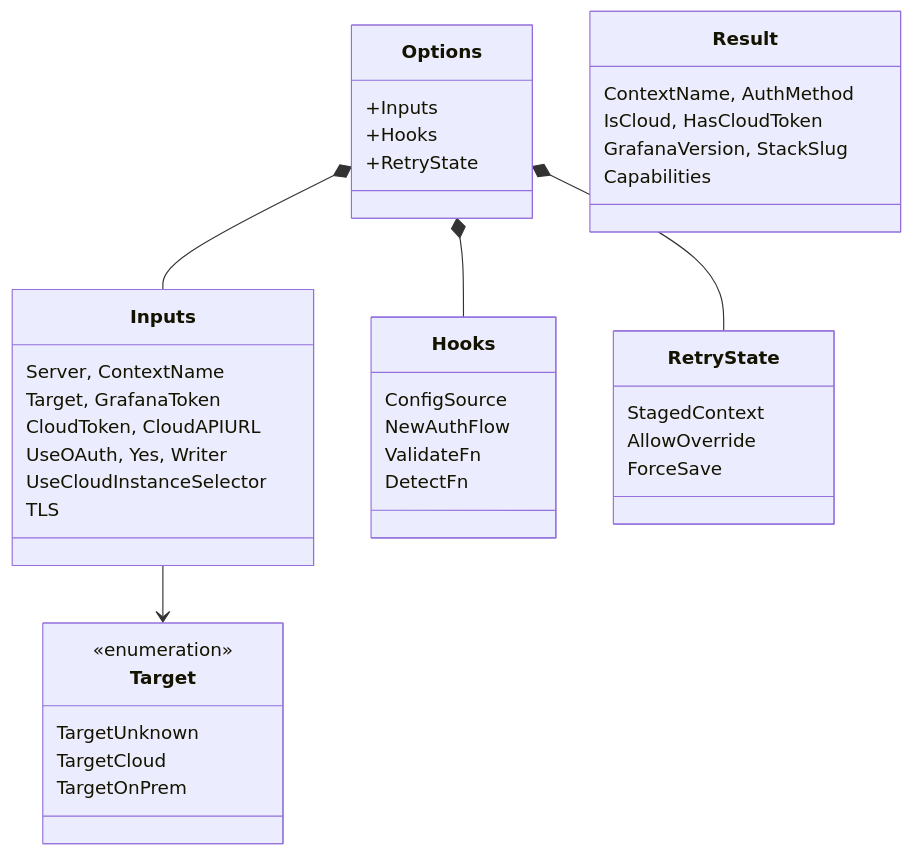
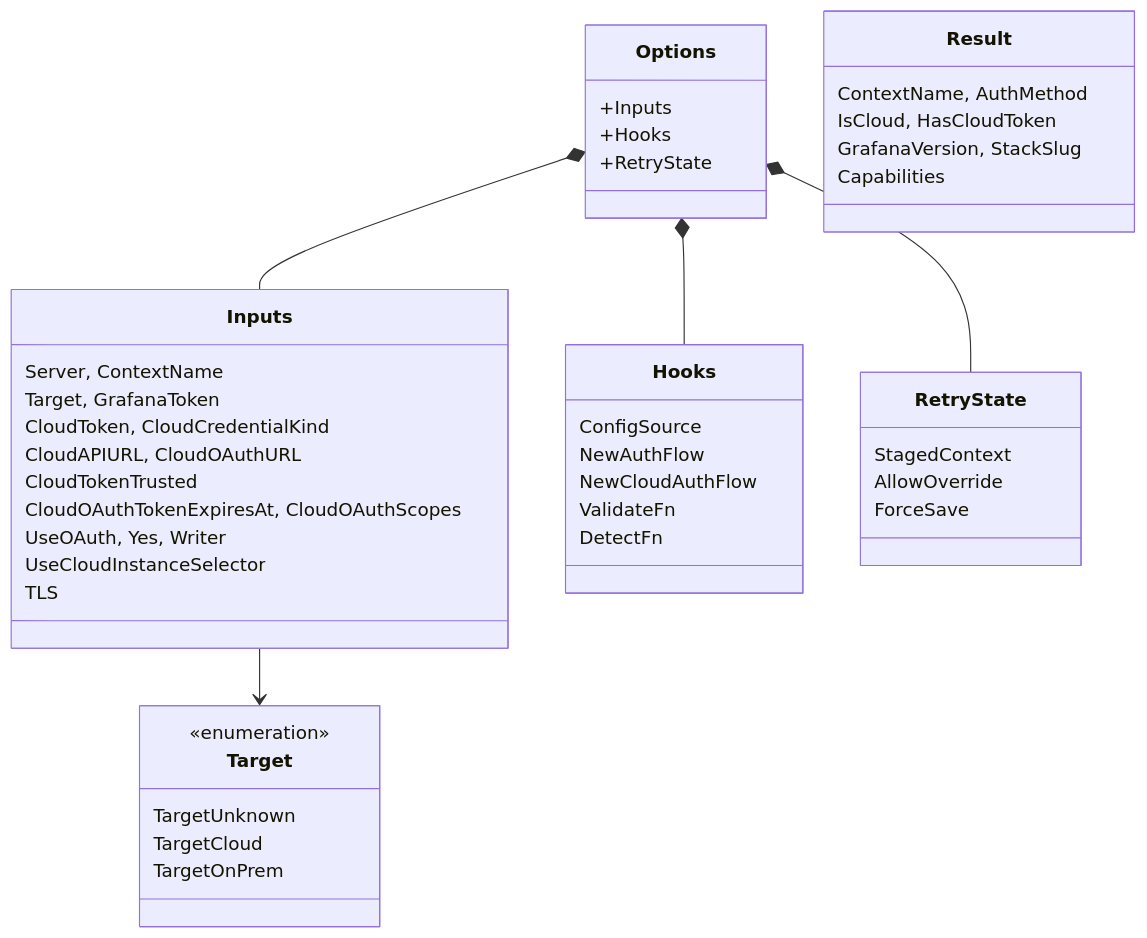
The second of 4 diagrams in docs/architecture/login-system.md (grafana/gcx), drawn with Mermaid before and after one commit. The commit also changed other lines of this file and 81 other files, not shown here.

````diff
--- a/docs/architecture/login-system.md
+++ b/docs/architecture/login-system.md
@@ -37,44 +37,48 @@
 ```mermaid
 classDiagram
     class Options {
         +Inputs
         +Hooks
         +RetryState
     }
     class Inputs {
         Server, ContextName
         Target, GrafanaToken
-        CloudToken, CloudAPIURL
+        CloudToken, CloudCredentialKind
+        CloudAPIURL, CloudOAuthURL
+        CloudTokenTrusted
+        CloudOAuthTokenExpiresAt, CloudOAuthScopes
         UseOAuth, Yes, Writer
         UseCloudInstanceSelector
         TLS
     }
     class Hooks {
         ConfigSource
         NewAuthFlow
+        NewCloudAuthFlow
         ValidateFn
         DetectFn
     }
     class RetryState {
         StagedContext
         AllowOverride
         ForceSave
     }
     class Target {
         <<enumeration>>
         TargetUnknown
         TargetCloud
         TargetOnPrem
     }
     class Result {
         ContextName, AuthMethod
         IsCloud, HasCloudToken
         GrafanaVersion, StackSlug
         Capabilities
     }
 
     Options *-- Inputs
     Options *-- Hooks
     Options *-- RetryState
     Inputs --> Target
 ```
````
